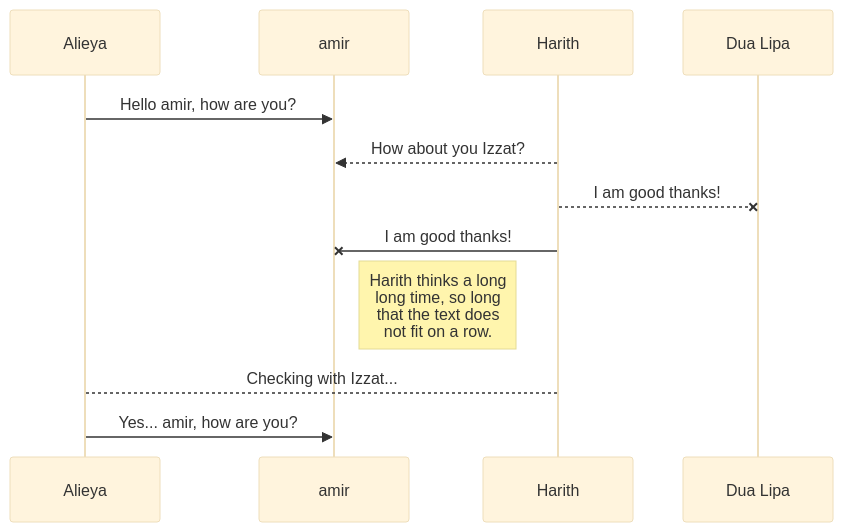
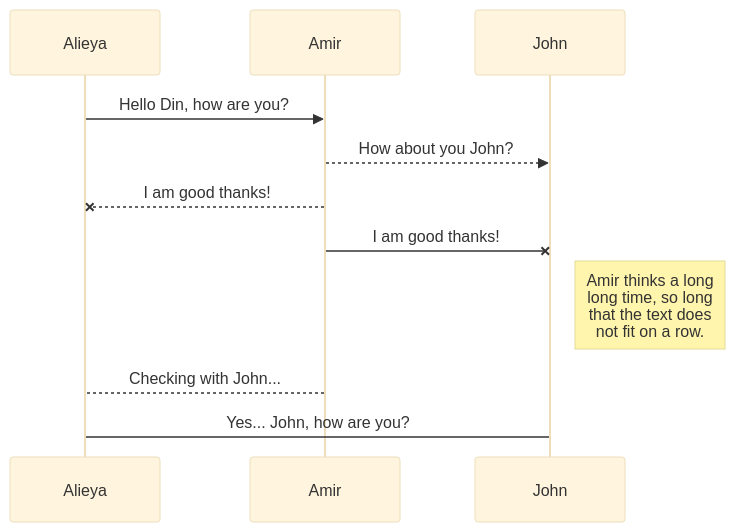
The first of 2 diagrams in exercise/HPDP/IzzatHaqeemi/readme.md (drshahizan/learn-github), drawn with Mermaid (base theme) before and after one commit. The commit also changed other lines of this file, not shown here.

````diff
--- a/exercise/HPDP/IzzatHaqeemi/readme.md
+++ b/exercise/HPDP/IzzatHaqeemi/readme.md
@@ -42,11 +42,11 @@
 ```mermaid
 sequenceDiagram
-Alieya ->> amir: Hello amir, how are you?
-Harith-->> amir: How about you Izzat?
-Harith--x Dua Lipa: I am good thanks!
-Harith-x amir: I am good thanks!
-Note right of amir:Harith thinks a long<br/>long time, so long<br/>that the text does<br/>not fit on a row.
+Alieya ->> Amir: Hello Din, how are you?
+Amir-->>John: How about you John?
+Amir--x Alieya: I am good thanks!
+Amir-x John: I am good thanks!
+Note right of John: Amir thinks a long<br/>long time, so long<br/>that the text does<br/>not fit on a row.
 
-Harith-->Alieya: Checking with Izzat...
-Alieya->> amir: Yes... amir, how are you?
+Amir-->Alieya: Checking with John...
+Alieya->John: Yes... John, how are you?
 ```
````
